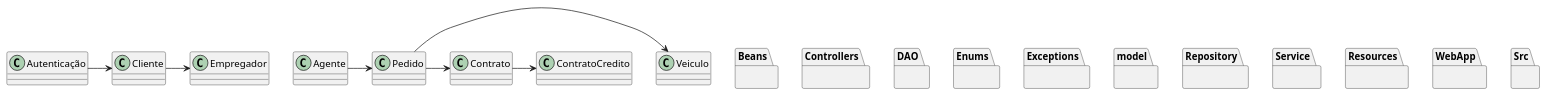
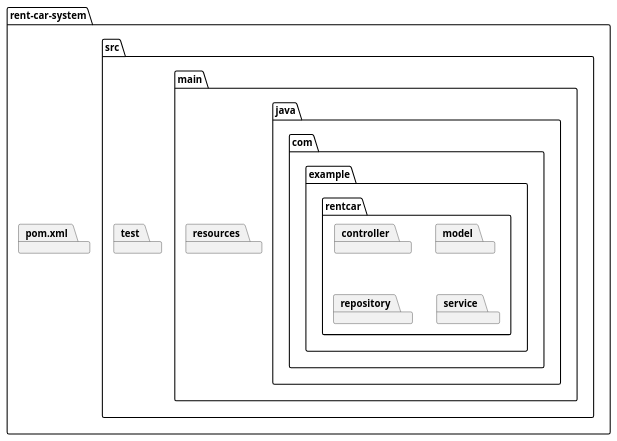
The diagram in Projeto/Diagrama de Pacotes/diagramaDePacote.puml (lucasxae/RentCarSystem), drawn with PlantUML before and after one commit.

Commit message:
arrumando diagrama de pacotes

```diff
--- a/Projeto/Diagrama de Pacotes/diagramaDePacote.puml
+++ b/Projeto/Diagrama de Pacotes/diagramaDePacote.puml
@@ -1,40 +1,39 @@
 @startuml
-package "Beans" {
+
+package "rent-car-system" {
+    package src {
+        package main {
+            package java {
+                package com {
+                    package example {
+                        package rentcar {
+                            package controller
+                            package model
+                            package repository
+                            package service
+                        }
+                    }
+                }
+            }
+            package resources
+        }
+        package test {
+            package java {
+                package com {
+                    package example {
+                        package rentcar {
+                            package controller
+                            package model
+                            package repository
+                            package service
+                        }
+                    }
+                }
+            }
+            package resources
+        }
+    }
+    package "pom.xml"
 }
 
-package "Controllers" {
-}
-
-package "DAO" {
-}
-
-package "Enums" {
-}
-
-package "Exceptions" {
-}
-
-package "model" {
-}
-
-package "Repository" {
-}
-
-package "Service" {
-}
-
-package "Resources" {
-}
-
-package "WebApp" {
-}
-
-package "Src" {
-}
-"Autenticação" -> "Cliente"
-"Agente" -> "Pedido"
-"Pedido" -> "Veiculo"
-"Pedido" -> "Contrato"
-"Contrato" -> "ContratoCredito"
-"Cliente" -> "Empregador"
 @enduml
```
